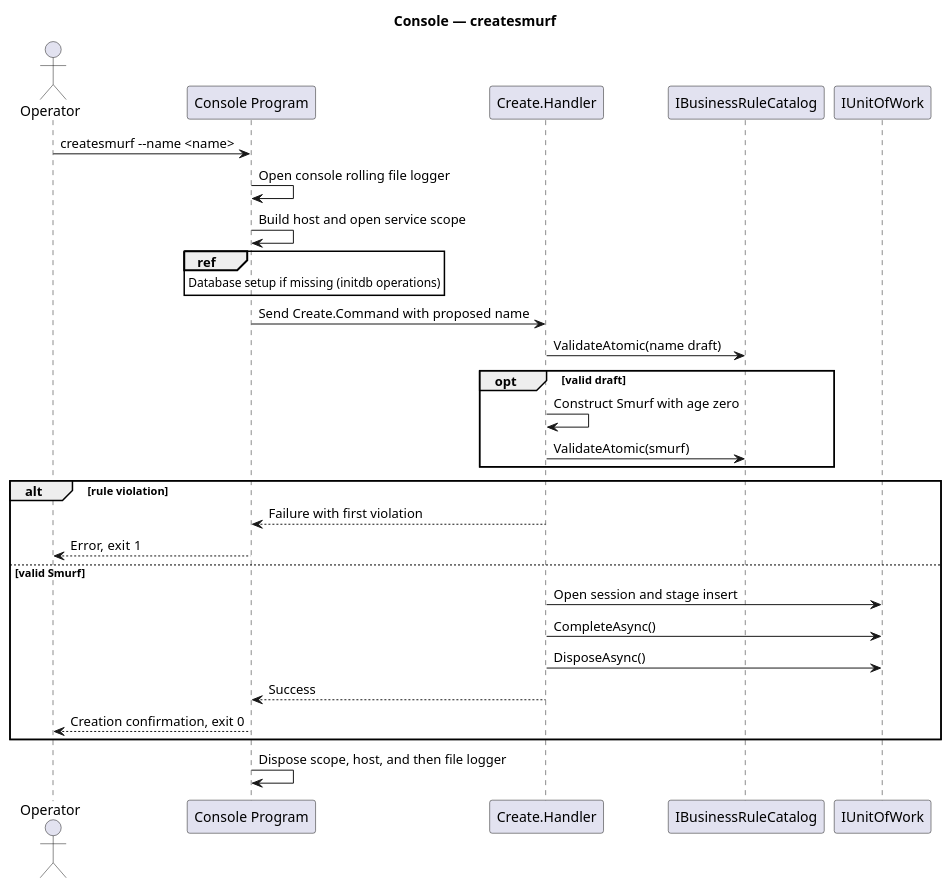
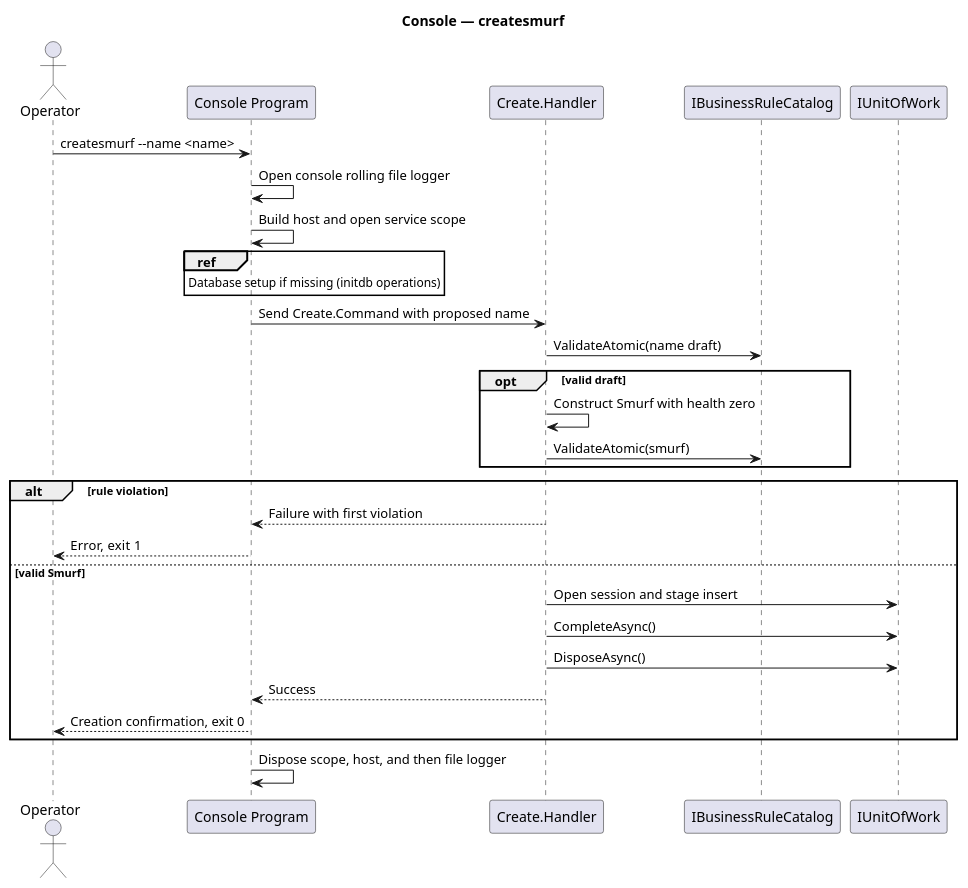
Before and after one commit to EbbeMeloSorensen/Smurfs: the diagram in docs/behavioral/diagrams/console-createsmurf.puml, drawn with PlantUML. The commit also changed 13 other files, not shown here.

```diff
--- a/docs/behavioral/diagrams/console-createsmurf.puml
+++ b/docs/behavioral/diagrams/console-createsmurf.puml
@@ -1,30 +1,30 @@
 @startuml
 title Console — createsmurf
 actor Operator
 participant "Console Program" as CLI
 participant "Create.Handler" as Create
 participant IBusinessRuleCatalog as Catalog
 participant IUnitOfWork as Write
 
 Operator -> CLI : createsmurf --name <name>
 CLI -> CLI : Open console rolling file logger
 CLI -> CLI : Build host and open service scope
 ref over CLI : Database setup if missing (initdb operations)
 CLI -> Create : Send Create.Command with proposed name
 Create -> Catalog : ValidateAtomic(name draft)
 opt valid draft
-  Create -> Create : Construct Smurf with age zero
+  Create -> Create : Construct Smurf with health zero
   Create -> Catalog : ValidateAtomic(smurf)
 end
 alt rule violation
   Create --> CLI : Failure with first violation
   CLI --> Operator : Error, exit 1
 else valid Smurf
   Create -> Write : Open session and stage insert
   Create -> Write : CompleteAsync()
   Create -> Write : DisposeAsync()
   Create --> CLI : Success
   CLI --> Operator : Creation confirmation, exit 0
 end
 CLI -> CLI : Dispose scope, host, and then file logger
 @enduml
```
